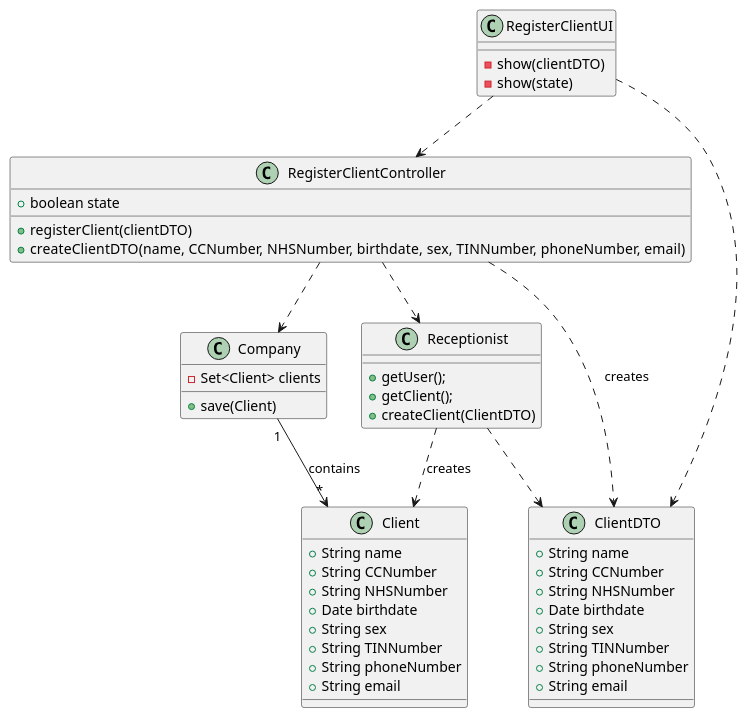
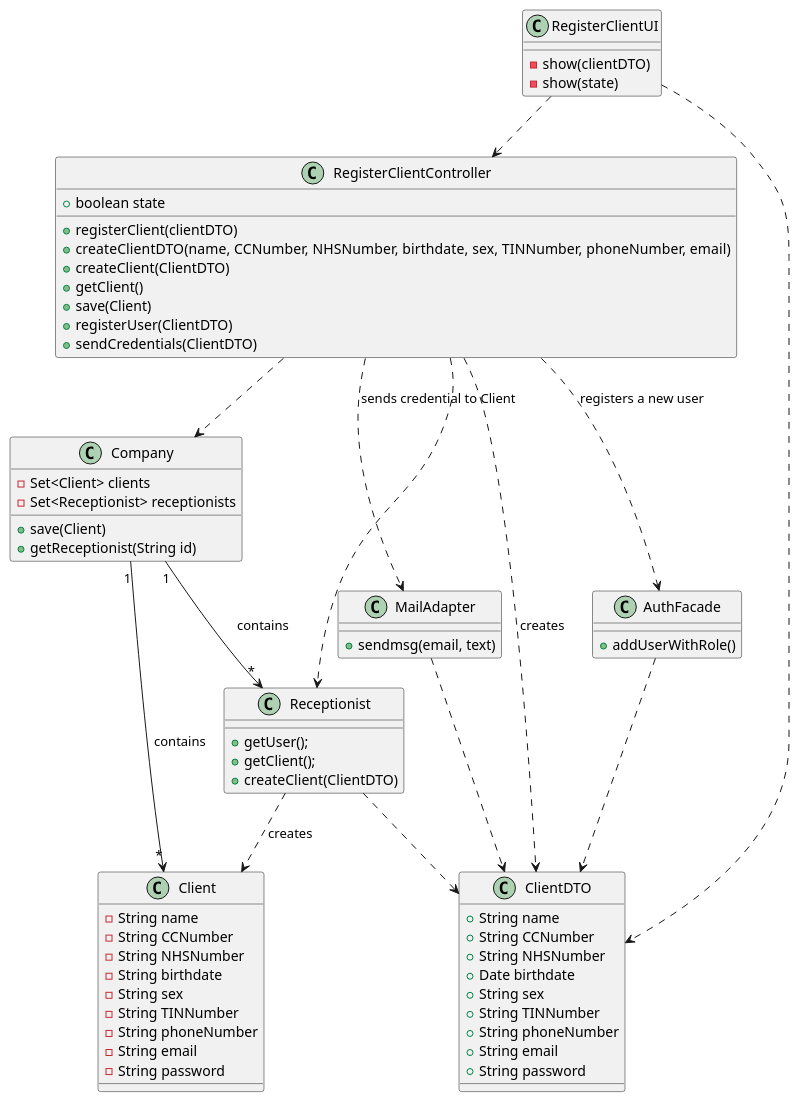
The diagram in docs/SprintB/US3/US3-CD.puml (jsmarques98/LAPR2-ISEP), drawn with PlantUML before and after one commit. The commit also changed 3 other files, not shown here.

Commit message:
US3 - Design - Added AuthFacade and MailAdapter concepts

```diff
--- a/docs/SprintB/US3/US3-CD.puml
+++ b/docs/SprintB/US3/US3-CD.puml
@@ -1,59 +1,86 @@
 @startuml
 class RegisterClientUI {
  -show(clientDTO)
  -show(state)
 }
 
 class RegisterClientController {
   +boolean state
   +registerClient(clientDTO)
   +createClientDTO(name, CCNumber, NHSNumber, birthdate, sex, TINNumber, phoneNumber, email)
+  +createClient(ClientDTO)
+  +getClient()
+  +save(Client)
+  +registerUser(ClientDTO)
+  +sendCredentials(ClientDTO)
 }
 
 RegisterClientUI ..> RegisterClientController
 RegisterClientController ..> ClientDTO : creates
 
 class ClientDTO{
 +String name
 +String CCNumber
 +String NHSNumber
 +Date birthdate
 +String sex
 +String TINNumber
 +String phoneNumber
 +String email
++String password
 }
 
 
 RegisterClientController ..> Receptionist
+
+
 class Receptionist{
 +getUser();
 +getClient();
 +createClient(ClientDTO)
 }
 
 Receptionist ..> Client : creates
 
 class Client{
-+String name
-+String CCNumber
-+String NHSNumber
-+Date birthdate
-+String sex
-+String TINNumber
-+String phoneNumber
-+String email
+-String name
+-String CCNumber
+-String NHSNumber
+-String birthdate
+-String sex
+-String TINNumber
+-String phoneNumber
+-String email
+-String password
+
 }
 
 class Company{
 +save(Client)
++getReceptionist(String id)
 -Set<Client> clients
+-Set<Receptionist> receptionists
 }
 
 RegisterClientUI ..> ClientDTO
 Company "1" --> "*" Client : contains
+Company "1" --> "*" Receptionist : contains
 
 Receptionist ..> ClientDTO
 RegisterClientController ..> Company
+AuthFacade ..> ClientDTO
+MailAdapter ..> ClientDTO
+
+RegisterClientController ..> AuthFacade : registers a new user
+
+class AuthFacade{
++addUserWithRole()
+}
+
+class MailAdapter{
++sendmsg(email, text)
+}
+
+RegisterClientController ..> MailAdapter : sends credential to Client
 
 @enduml
```
